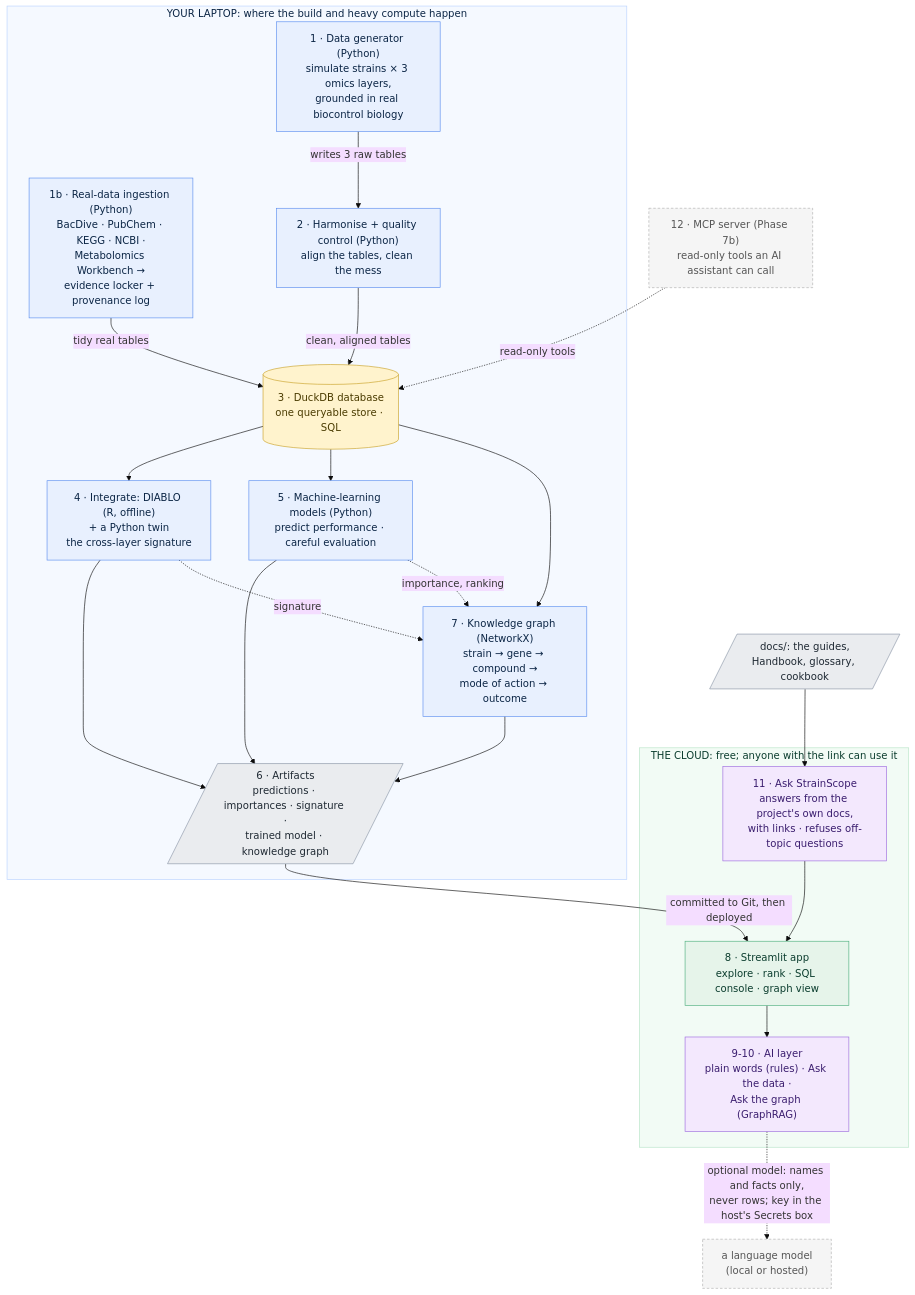
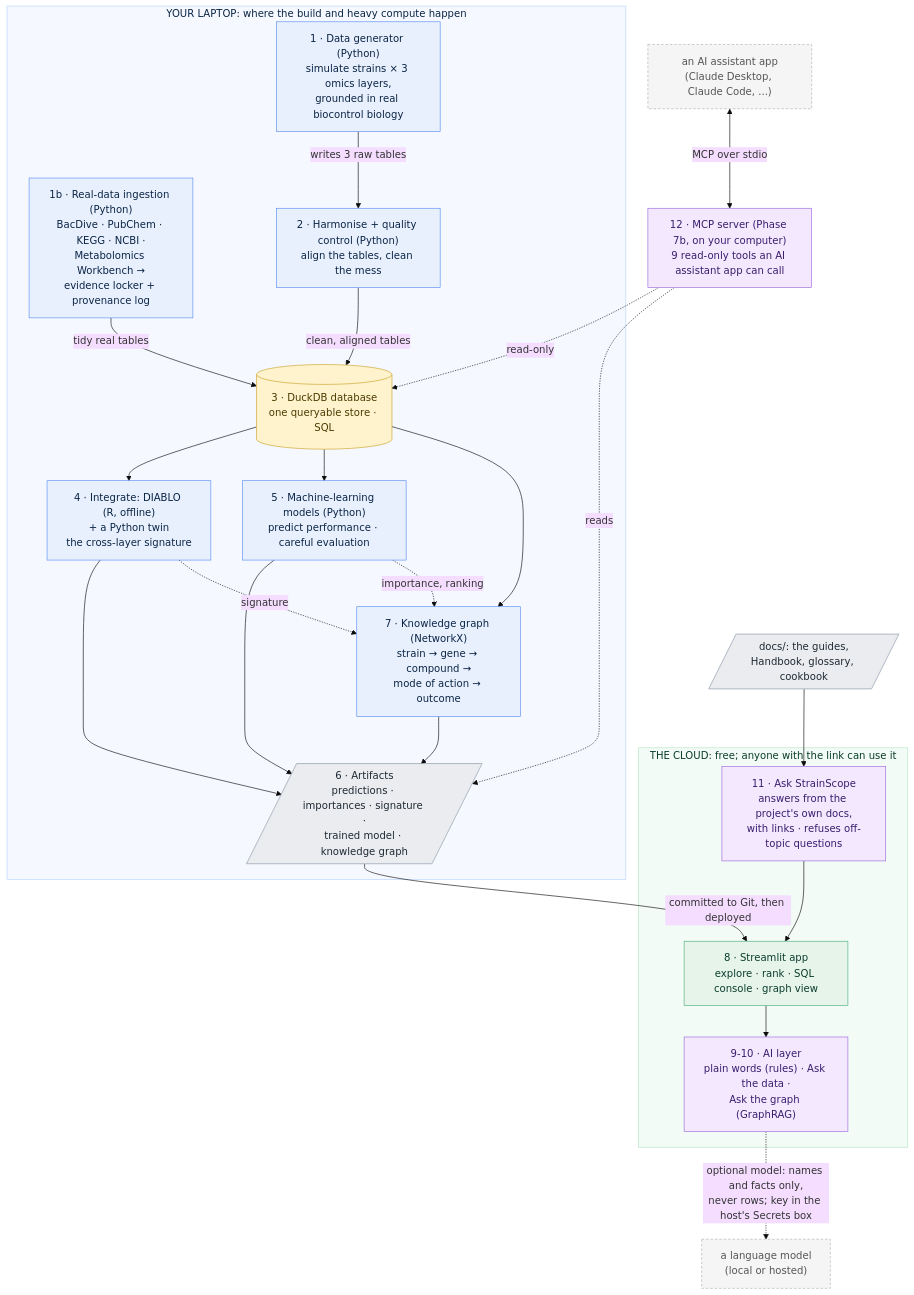
The diagram in docs/00-architecture.md (akannan2987/strainscope), drawn with Mermaid (base theme) before and after one commit. The commit also changed other lines of this file and 34 other files, not shown here.

Commit message:
feat: add the MCP server: nine read-only tools for AI assistant apps

````diff
--- a/docs/00-architecture.md
+++ b/docs/00-architecture.md
@@ -64,54 +64,57 @@
 ```mermaid
 flowchart TD
     subgraph LAPTOP["YOUR LAPTOP: where the build and heavy compute happen"]
         A["1 · Data generator (Python)<br/>simulate strains × 3 omics layers,<br/>grounded in real biocontrol biology"]
         R["1b · Real-data ingestion (Python)<br/>BacDive · PubChem · KEGG · NCBI ·<br/>Metabolomics Workbench →<br/>evidence locker + provenance log"]
         B["2 · Harmonise + quality control (Python)<br/>align the tables, clean the mess"]
         C[("3 · DuckDB database<br/>one queryable store · SQL")]
         D["4 · Integrate: DIABLO (R, offline)<br/>+ a Python twin<br/>the cross-layer signature"]
         E["5 · Machine-learning models (Python)<br/>predict performance · careful evaluation"]
         F["7 · Knowledge graph (NetworkX)<br/>strain → gene → compound →<br/>mode of action → outcome"]
         G[/"6 · Artifacts<br/>predictions · importances · signature ·<br/>trained model · knowledge graph"/]
     end
     subgraph CLOUD["THE CLOUD: free; anyone with the link can use it"]
         H["8 · Streamlit app<br/>explore · rank · SQL console · graph view"]
         I["9-10 · AI layer<br/>plain words (rules) · Ask the data ·<br/>Ask the graph (GraphRAG)"]
         Q["11 · Ask StrainScope<br/>answers from the project's own docs,<br/>with links · refuses off-topic questions"]
     end
-    M["12 · MCP server (Phase 7b)<br/>read-only tools an AI assistant can call"]
+    M["12 · MCP server (Phase 7b, on your computer)<br/>9 read-only tools an AI assistant app can call"]
+    APPAI["an AI assistant app<br/>(Claude Desktop, Claude Code, ...)"]
     DOCS[/"docs/: the guides,<br/>Handbook, glossary, cookbook"/]
 
     A -->|writes 3 raw tables| B
     R -->|tidy real tables| C
     B -->|clean, aligned tables| C
     C --> D
     C --> E
     C --> F
     D --> G
     E --> G
     D -.->|signature| F
     E -.->|importance, ranking| F
     F --> G
     G -->|committed to Git, then deployed| H
     H --> I
     I -.->|"optional model: names and facts only,<br/>never rows; key in the host's Secrets box"| LLM["a language model<br/>(local or hosted)"]
     DOCS --> Q
     Q --> H
-    M -.->|read-only tools| C
+    M -.->|read-only| C
+    M -.->|reads| G
+    APPAI <-->|"MCP over stdio"| M
 
     classDef laptop fill:#E8F0FE,stroke:#5B8DEF,color:#0B2545;
     classDef store fill:#FFF3CD,stroke:#C9A227,color:#4A3B00;
     classDef artifact fill:#EAECEF,stroke:#8A94A6,color:#1F2933;
     classDef cloud fill:#E6F4EA,stroke:#4CAF7D,color:#0B3D2E;
     classDef ai fill:#F3E8FD,stroke:#9C6ADE,color:#3A1D6E;
     classDef roadmap fill:#F5F5F5,stroke:#B0B0B0,color:#555555,stroke-dasharray:4 3;
     class A,B,D,E,F,R laptop
     class C store
     class G artifact
     class H cloud
-    class I,Q ai
+    class I,Q,M ai
     class DOCS artifact
-    class M,LLM roadmap
+    class LLM,APPAI roadmap
     style LAPTOP fill:#F5F9FF,stroke:#B9D2FF,color:#0B2545
     style CLOUD fill:#F2FBF5,stroke:#B7E4C7,color:#0B3D2E
 ```
````
